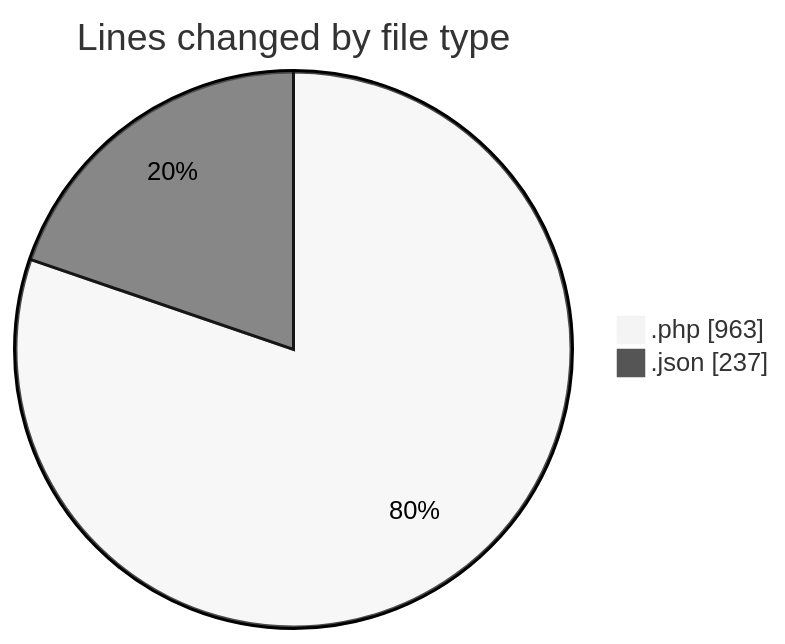
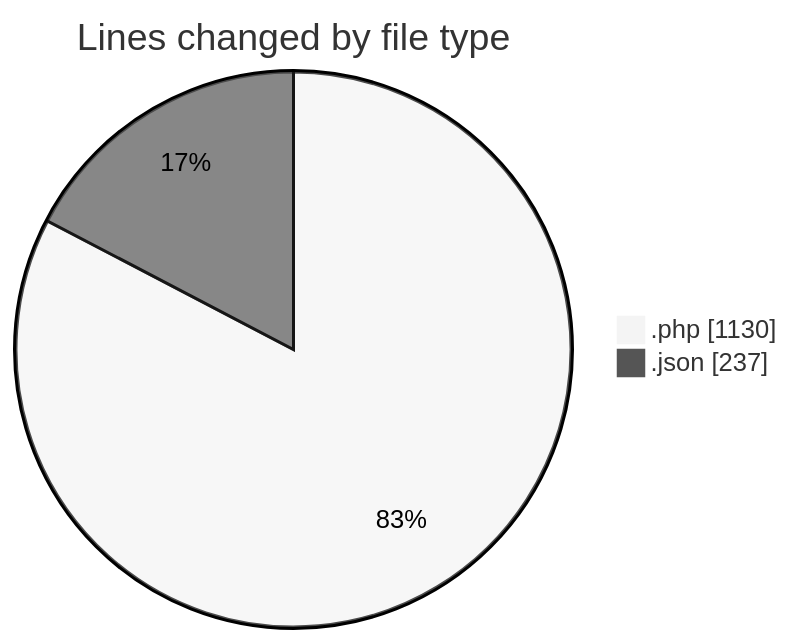
The first of 2 diagrams in 2025-06-13/studio-backend/README.md (idhammustaqopulfikri/code-tracking), drawn with Mermaid (neutral theme) before and after one commit. The commit also changed other lines of this file and 1 other file, not shown here.

````diff
--- a/2025-06-13/studio-backend/README.md
+++ b/2025-06-13/studio-backend/README.md
@@ -29,6 +30,6 @@
 ```mermaid
 pie showData
 title Lines changed by file type
-".php" : 963
+".php" : 1130
 ".json" : 237
 ```
````
